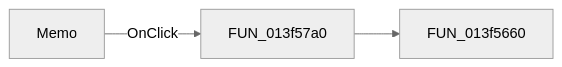
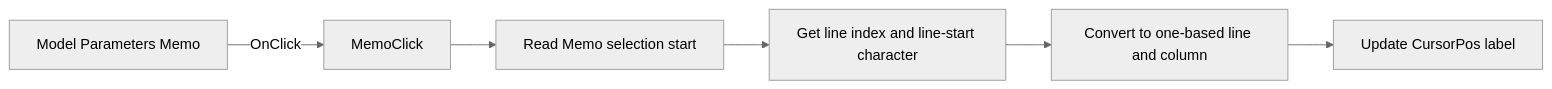
Before and after one commit to MovGP0/TIARA: the diagram in docs/ui-controls/tlrcatalogeditordlg/memo-c34d8d5904.md, drawn with Mermaid (neutral theme). The commit also changed other lines of this file and 1062 other files, not shown here.

````diff
--- a/docs/ui-controls/tlrcatalogeditordlg/memo-c34d8d5904.md
+++ b/docs/ui-controls/tlrcatalogeditordlg/memo-c34d8d5904.md
@@ -27,5 +29,8 @@
 ```mermaid
 flowchart LR
-    control["Memo"] -->|OnClick| handler["FUN_013f57a0"]
-    handler --> call1["FUN_013f5660"]
+    control["Model Parameters Memo"] -->|OnClick| handler["MemoClick"]
+    handler --> caret["Read Memo selection start"]
+    caret --> line["Get line index and line-start character"]
+    line --> position["Convert to one-based line and column"]
+    position --> label["Update CursorPos label"]
 ```
````
